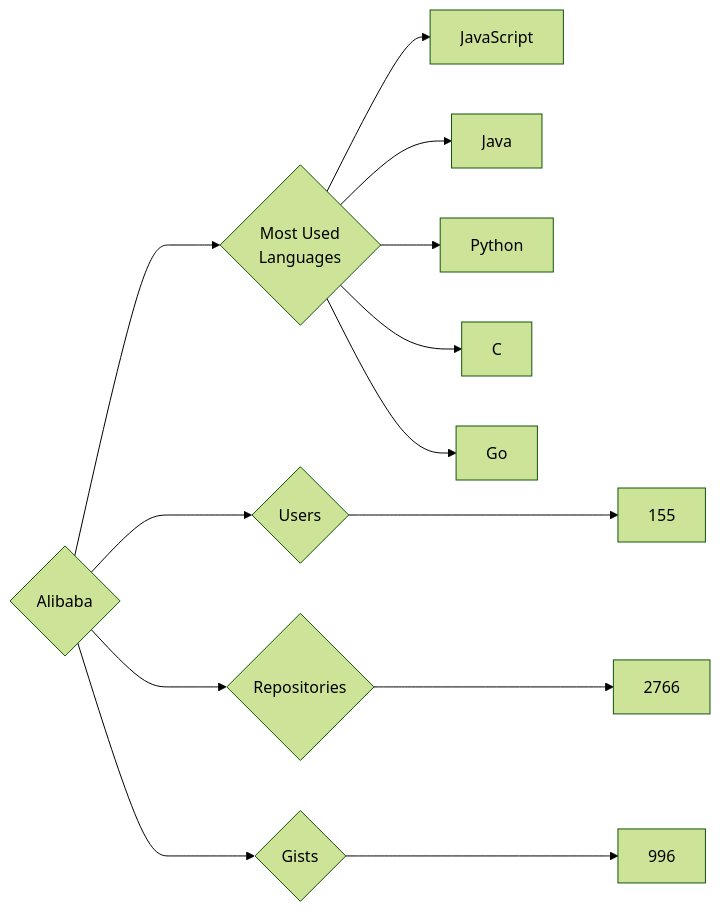
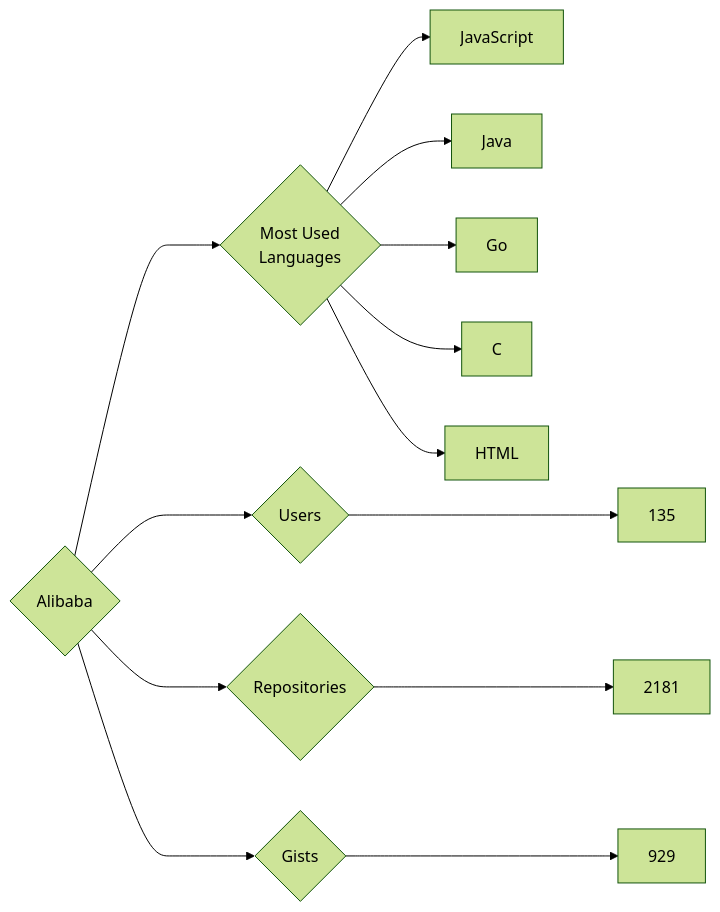
One commit to trickest/insiders changed the diagram in targets/Alibaba/README.md. Above: the diagram before and after it, drawn with Mermaid (forest theme). The commit also changed 814 other files, not shown here.

````diff
--- a/targets/Alibaba/README.md
+++ b/targets/Alibaba/README.md
@@ -3,13 +3,13 @@
 ```mermaid
 graph LR
 COMPANY_NAME{Alibaba}
-COMPANY_NAME ---> U{Users} ---> UN[155]
-COMPANY_NAME ---> R{Repositories} ---> RN[2766]
-COMPANY_NAME ---> G{Gists} ---> GN[996]
+COMPANY_NAME ---> U{Users} ---> UN[135]
+COMPANY_NAME ---> R{Repositories} ---> RN[2181]
+COMPANY_NAME ---> G{Gists} ---> GN[929]
 COMPANY_NAME ---> ML{Most Used<br>Languages}
 ML --> JavaScript[JavaScript]
 ML --> Java[Java]
-ML --> Python[Python]
+ML --> Go[Go]
 ML --> C[C]
-ML --> Go[Go]
+ML --> HTML[HTML]
 ```
````
